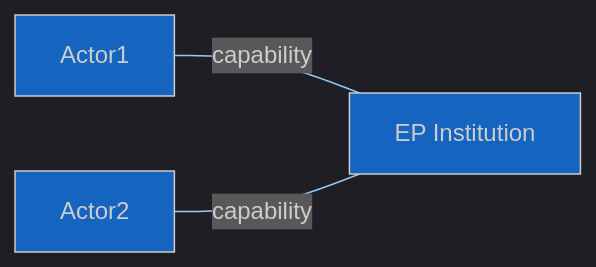
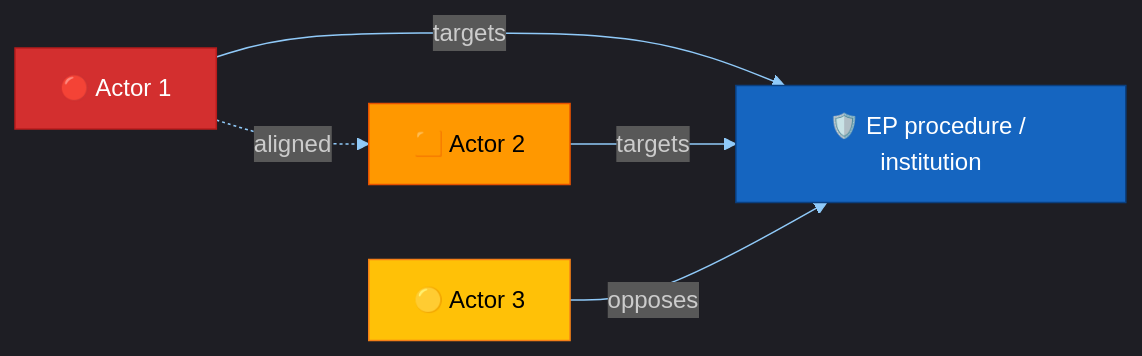
One commit to Hack23/euparliamentmonitor changed the third of 3 diagrams in analysis/templates/actor-threat-profiles.md. Above: the diagram before and after it, drawn with Mermaid. The commit also changed other lines of this file and 5 other files, not shown here.

````diff
--- a/analysis/templates/actor-threat-profiles.md
+++ b/analysis/templates/actor-threat-profiles.md
@@ -43,6 +108,17 @@
 ```mermaid
-%%{init: {"theme":"dark","themeVariables":{"primaryColor":"#1565C0","primaryTextColor":"#ffffff","primaryBorderColor":"#0A3F7F","lineColor":"#90CAF9","secondaryColor":"#2E7D32","secondaryTextColor":"#ffffff","tertiaryColor":"#FF9800","tertiaryTextColor":"#000000","mainBkg":"#1565C0","secondBkg":"#2E7D32","tertiaryBkg":"#FF9800","noteBkgColor":"#FFC107","noteTextColor":"#000000","errorBkgColor":"#D32F2F","fontFamily":"Inter, Helvetica, Arial, sans-serif"}}}%%
-graph LR
-    A1[Actor1] ---|capability| TARGET[EP Institution]
-    A2[Actor2] ---|capability| TARGET
+%%{init: {"theme":"dark","themeVariables":{"primaryColor":"#1565C0","primaryTextColor":"#ffffff","primaryBorderColor":"#0A3F7F","lineColor":"#90CAF9","secondaryColor":"#2E7D32","tertiaryColor":"#FF9800","fontFamily":"Inter, Helvetica, Arial, sans-serif"}}}%%
+flowchart LR
+    A1[🔴 Actor 1] -.->|aligned| A2[🟧 Actor 2]
+    A1 -->|targets| TARGET[🛡️ EP procedure / institution]
+    A2 -->|targets| TARGET
+    A3[🟡 Actor 3] -->|opposes| TARGET
+
+    classDef red fill:#D32F2F,stroke:#B71C1C,color:#ffffff;
+    classDef orange fill:#FF9800,stroke:#E65100,color:#000000;
+    classDef yellow fill:#FFC107,stroke:#F57F17,color:#000000;
+    classDef target fill:#1565C0,stroke:#0A3F7F,color:#ffffff;
+    class A1 red;
+    class A2 orange;
+    class A3 yellow;
+    class TARGET target;
 ```
````
